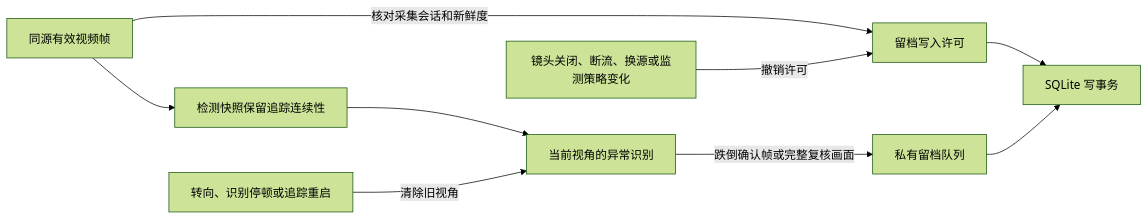
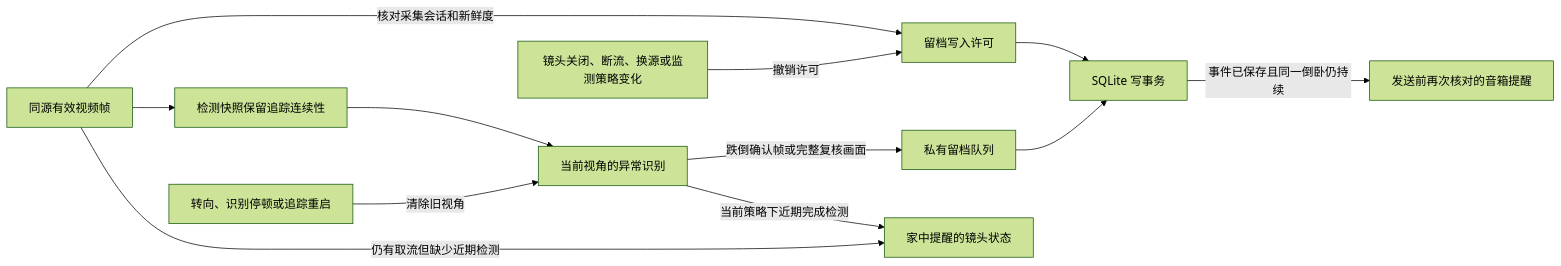
One commit to Geeprox/Friday changed the ninth of 36 diagrams in docs/architecture.md. Above: the diagram before and after it, drawn with Mermaid (forest theme). The commit also changed other lines of this file and 16 other files, not shown here.

````diff
--- a/docs/architecture.md
+++ b/docs/architecture.md
@@ -237,11 +241,14 @@
 ```mermaid
 flowchart LR
   A[同源有效视频帧] --> T[检测快照保留追踪连续性]
   T --> B[当前视角的异常识别]
   A -->|核对采集会话和新鲜度| C[留档写入许可]
   B -->|跌倒确认帧或完整复核画面| D[私有留档队列]
+  B -->|当前策略下近期完成检测| H[家中提醒的镜头状态]
+  A -->|仍有取流但缺少近期检测| H
   E[转向、识别停顿或追踪重启] -->|清除旧视角| B
   C --> F[SQLite 写事务]
   D --> F
   G[镜头关闭、断流、换源或监测策略变化] -->|撤销许可| C
+  F -->|事件已保存且同一倒卧仍持续| I[发送前再次核对的音箱提醒]
 ```
````
